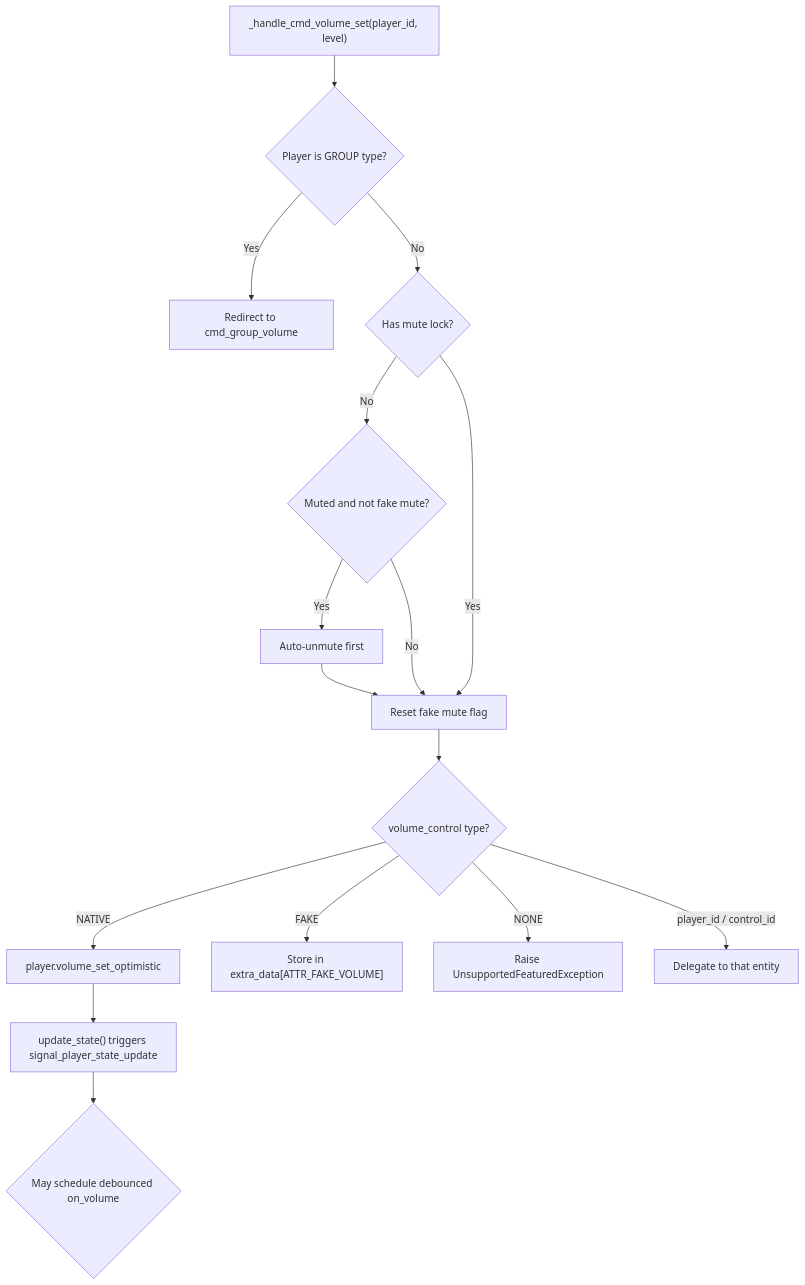
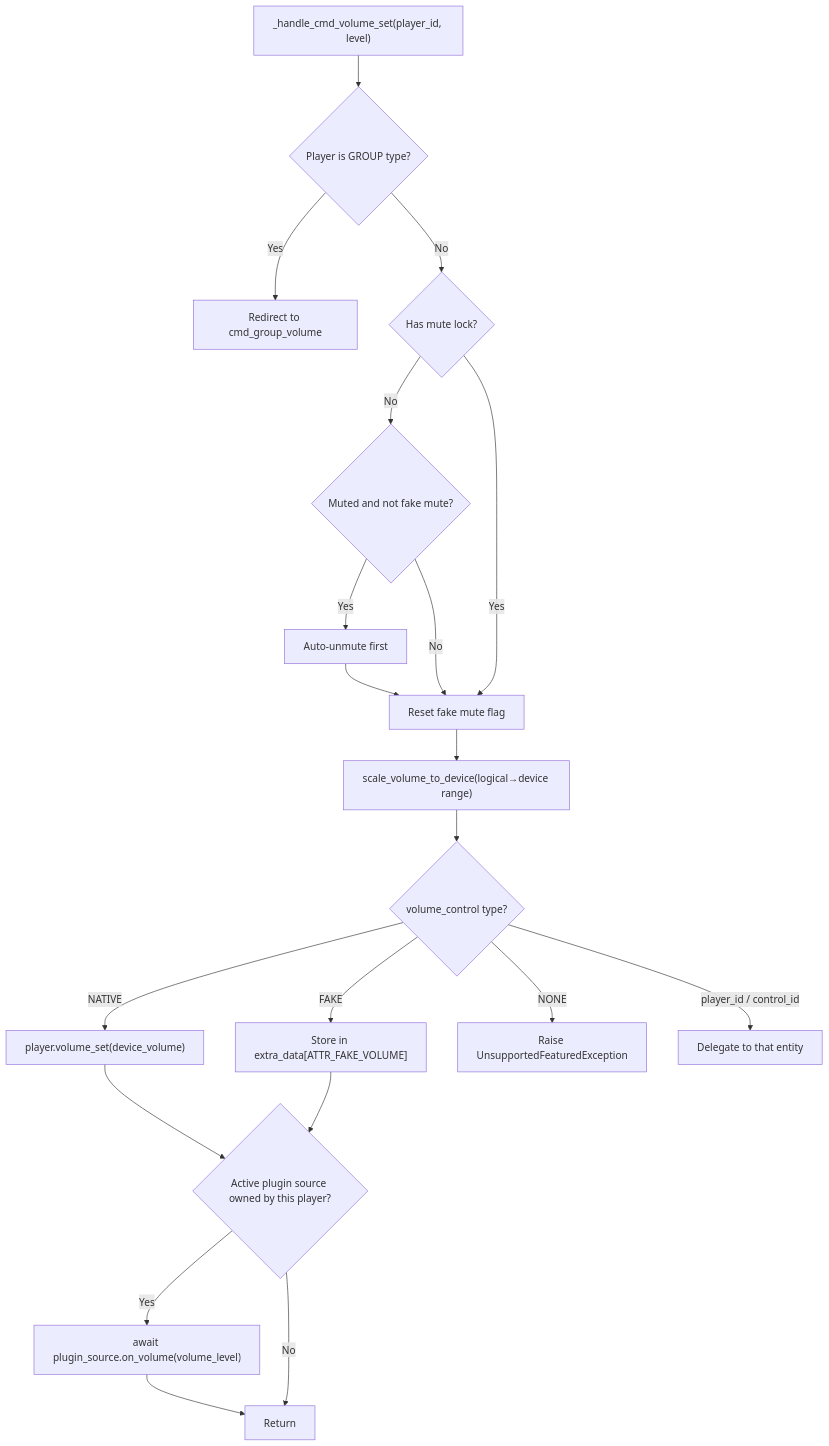
Before and after one commit to theturtle32/music-assistant-server: the first of 2 diagrams in docs/architecture/07-volume.md, drawn with Mermaid. The commit also changed other lines of this file and 6 other files, not shown here.

First line of the commit message:
docs: update architecture docs for upstream volume algorithm changes

````diff
--- a/docs/architecture/07-volume.md
+++ b/docs/architecture/07-volume.md
@@ -11,18 +11,22 @@
 ```mermaid
 flowchart TD
     A["_handle_cmd_volume_set(player_id, level)"] --> B{Player is GROUP type?}
     B -- Yes --> C[Redirect to cmd_group_volume]
     B -- No --> D{Has mute lock?}
     D -- No --> E{Muted and not fake mute?}
     E -- Yes --> F[Auto-unmute first]
     E -- No --> G[Reset fake mute flag]
     D -- Yes --> G
     F --> G
-    G --> J{volume_control type?}
-    J -- NATIVE --> K[player.volume_set_optimistic]
+    G --> H["scale_volume_to_device(logical→device range)"]
+    H --> J{volume_control type?}
+    J -- NATIVE --> K["player.volume_set(device_volume)"]
     J -- FAKE --> L["Store in extra_data[ATTR_FAKE_VOLUME]"]
     J -- NONE --> M[Raise UnsupportedFeaturedException]
     J -- "player_id / control_id" --> N[Delegate to that entity]
-    K --> O["update_state() triggers signal_player_state_update"]
-    O --> P{"May schedule debounced on_volume"}
+    K --> O{Active plugin source owned by this player?}
+    L --> O
+    O -- Yes --> P["await plugin_source.on_volume(volume_level)"]
+    O -- No --> Q[Return]
+    P --> Q
 ```
````
